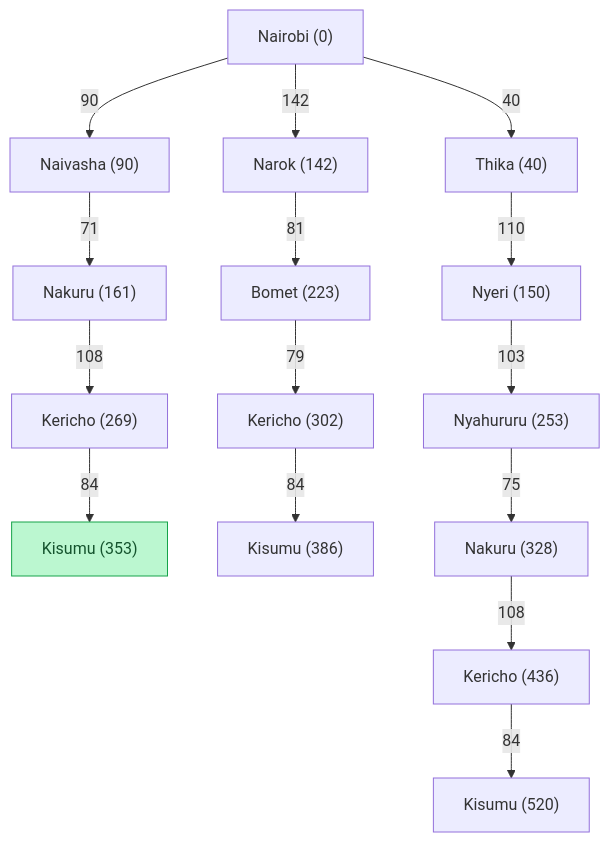
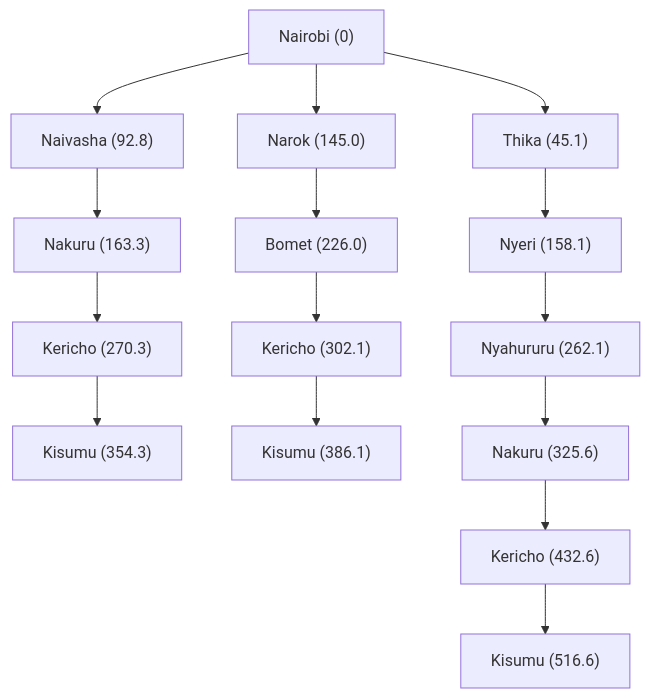
Before and after one commit to Galucci4/PS-Agents: the second of 2 diagrams in design.md, drawn with Mermaid. The commit also changed other lines of this file, not shown here.

````diff
--- a/design.md
+++ b/design.md
@@ -93,19 +78,17 @@
 ```mermaid
 flowchart TD
-    A["Nairobi (0)"]
-    A -->|"90"| B["Naivasha (90)"]
-    A -->|"142"| C["Narok (142)"]
-    A -->|"40"| D["Thika (40)"]
-    B -->|"71"| E["Nakuru (161)"]
-    E -->|"108"| F["Kericho (269)"]
-    F -->|"84"| G["Kisumu (353)"]
-    C -->|"81"| H["Bomet (223)"]
-    H -->|"79"| I["Kericho (302)"]
-    I -->|"84"| J["Kisumu (386)"]
-    D -->|"110"| K["Nyeri (150)"]
-    K -->|"103"| L["Nyahururu (253)"]
-    L -->|"75"| M["Nakuru (328)"]
-    M -->|"108"| N["Kericho (436)"]
-    N -->|"84"| O["Kisumu (520)"]
-    style G fill:#bbf7d0,color:#14532d,stroke:#16a34a
+    A["Nairobi (0)"] --> B["Naivasha (92.8)"]
+    A --> C["Narok (145.0)"]
+    A --> D["Thika (45.1)"]
+    B --> E["Nakuru (163.3)"]
+    E --> F["Kericho (270.3)"]
+    F --> G["Kisumu (354.3)"]
+    C --> H["Bomet (226.0)"]
+    H --> I["Kericho (302.1)"]
+    I --> J["Kisumu (386.1)"]
+    D --> K["Nyeri (158.1)"]
+    K --> L["Nyahururu (262.1)"]
+    L --> M["Nakuru (325.6)"]
+    M --> N["Kericho (432.6)"]
+    N --> O["Kisumu (516.6)"]
 ```
````
